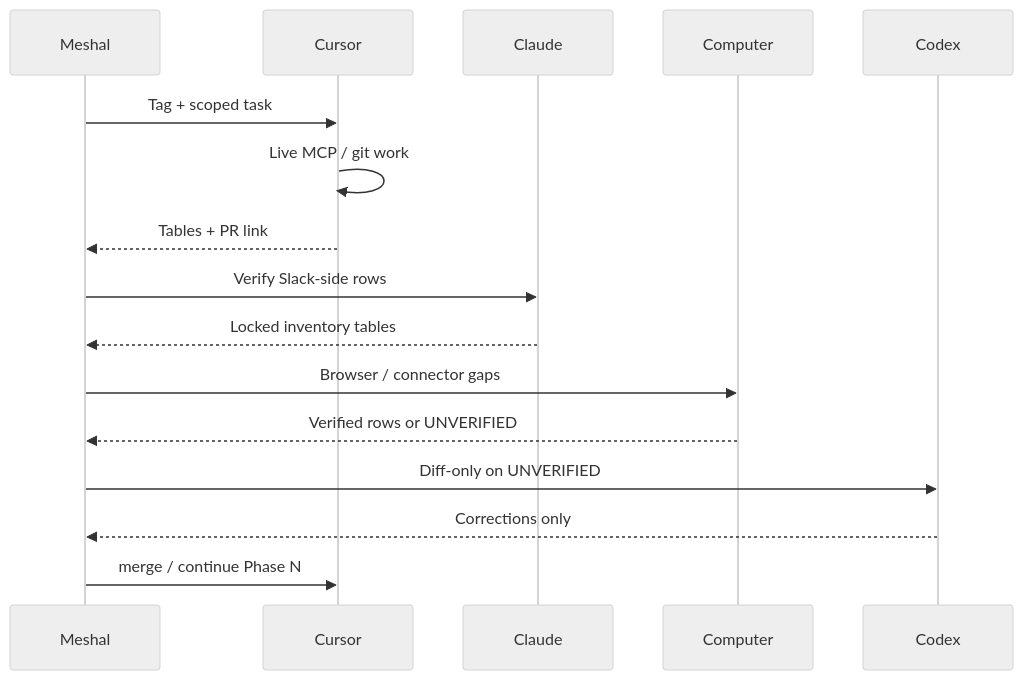
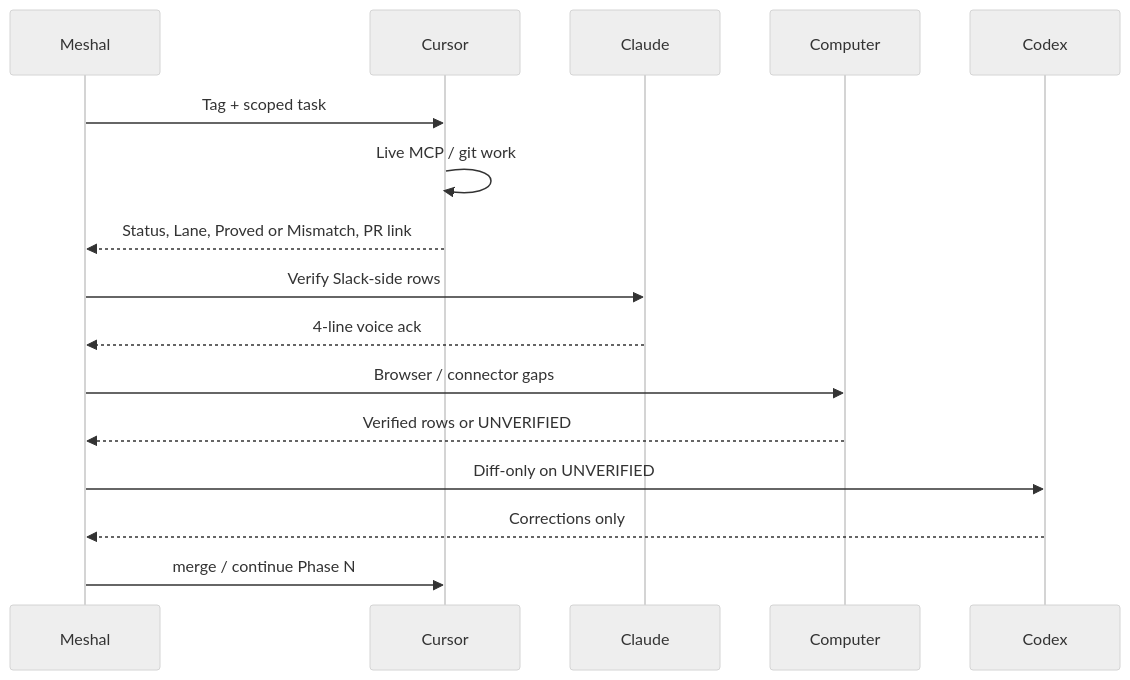
Before and after one commit to alawein/alawein: the second of 2 diagrams in docs/governance/unified-agent-system.md, drawn with Mermaid (neutral theme). The commit also changed other lines of this file and 13 other files, not shown here.

````diff
--- a/docs/governance/unified-agent-system.md
+++ b/docs/governance/unified-agent-system.md
@@ -158,19 +162,19 @@
 ```mermaid
 sequenceDiagram
   participant M as Meshal
   participant C as Cursor
   participant CL as Claude
   participant CP as Computer
   participant CG as Codex
 
   M->>C: Tag + scoped task
   C->>C: Live MCP / git work
-  C-->>M: Tables + PR link
+  C-->>M: Status, Lane, Proved or Mismatch, PR link
   M->>CL: Verify Slack-side rows
-  CL-->>M: Locked inventory tables
+  CL-->>M: 4-line voice ack
   M->>CP: Browser / connector gaps
   CP-->>M: Verified rows or UNVERIFIED
   M->>CG: Diff-only on UNVERIFIED
   CG-->>M: Corrections only
   M->>C: merge / continue Phase N
 ```
````
